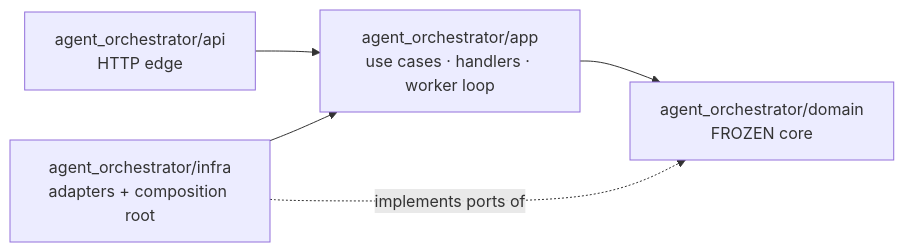
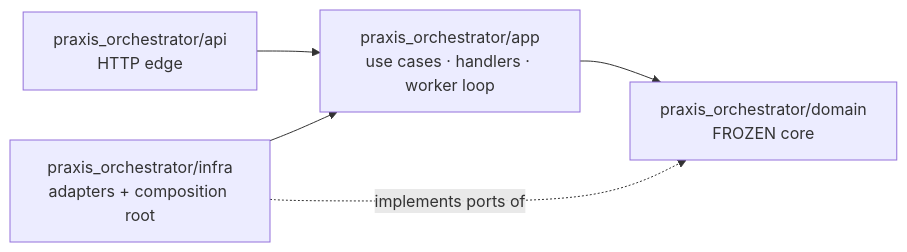
Before and after one commit to guilhermeUpToTask/agent-orchestrator-prototype: the second of 2 diagrams in docs/architecture/overview.md, drawn with Mermaid. The commit also changed other lines of this file and 730 other files, not shown here.

````diff
--- a/docs/architecture/overview.md
+++ b/docs/architecture/overview.md
@@ -57,7 +57,7 @@
 ```mermaid
 flowchart LR
-    api["agent_orchestrator/api<br/>HTTP edge"] --> app
-    infra["agent_orchestrator/infra<br/>adapters + composition root"] --> app
-    app["agent_orchestrator/app<br/>use cases · handlers · worker loop"] --> domain["agent_orchestrator/domain<br/>FROZEN core"]
+    api["praxis_orchestrator/api<br/>HTTP edge"] --> app
+    infra["praxis_orchestrator/infra<br/>adapters + composition root"] --> app
+    app["praxis_orchestrator/app<br/>use cases · handlers · worker loop"] --> domain["praxis_orchestrator/domain<br/>FROZEN core"]
     infra -. implements ports of .-> domain
 ```
````
